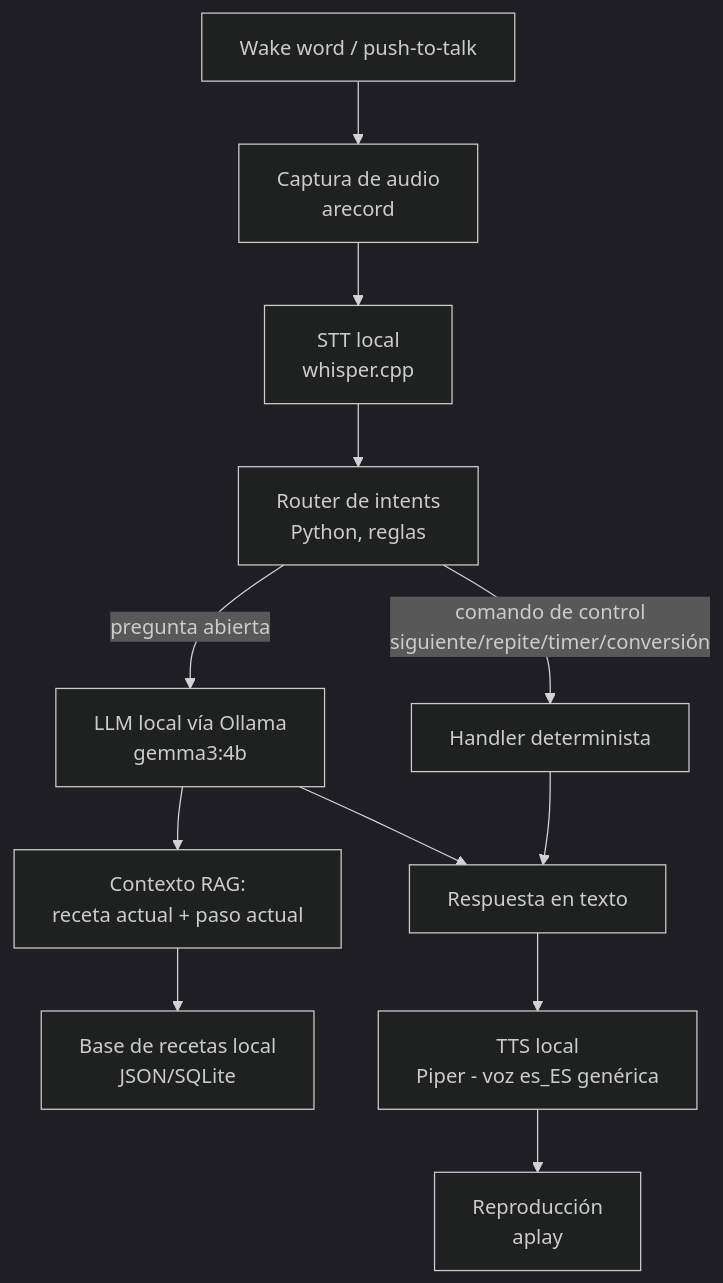
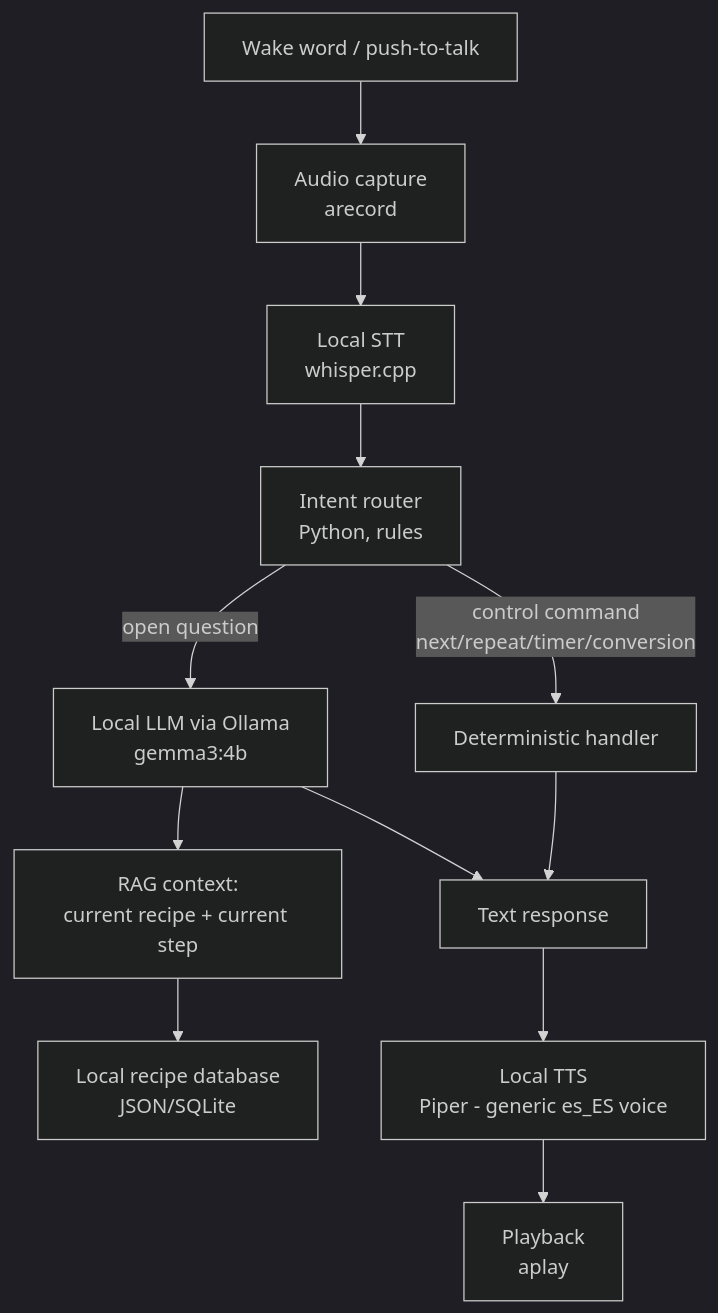
One commit to MiguelSavignano/cook-it changed the diagram in docs/spec.md. Above: the diagram before and after it, drawn with Mermaid (dark theme). The commit also changed other lines of this file and 9 other files, not shown here.

````diff
--- a/docs/spec.md
+++ b/docs/spec.md
@@ -45,14 +45,14 @@
 ```mermaid
 flowchart TD
-    A[Wake word / push-to-talk] --> B[Captura de audio\narecord]
-    B --> C[STT local\nwhisper.cpp]
-    C --> D[Router de intents\nPython, reglas]
-    D -->|comando de control\nsiguiente/repite/timer/conversión| E[Handler determinista]
-    D -->|pregunta abierta| F[LLM local vía Ollama\ngemma3:4b]
-    F --> G[Contexto RAG:\nreceta actual + paso actual]
-    G --> H[Base de recetas local\nJSON/SQLite]
-    E --> I[Respuesta en texto]
+    A[Wake word / push-to-talk] --> B[Audio capture\narecord]
+    B --> C[Local STT\nwhisper.cpp]
+    C --> D[Intent router\nPython, rules]
+    D -->|control command\nnext/repeat/timer/conversion| E[Deterministic handler]
+    D -->|open question| F[Local LLM via Ollama\ngemma3:4b]
+    F --> G[RAG context:\ncurrent recipe + current step]
+    G --> H[Local recipe database\nJSON/SQLite]
+    E --> I[Text response]
     F --> I
-    I --> J[TTS local\nPiper - voz es_ES genérica]
-    J --> K[Reproducción\naplay]
+    I --> J[Local TTS\nPiper - generic es_ES voice]
+    J --> K[Playback\naplay]
 ```
````
